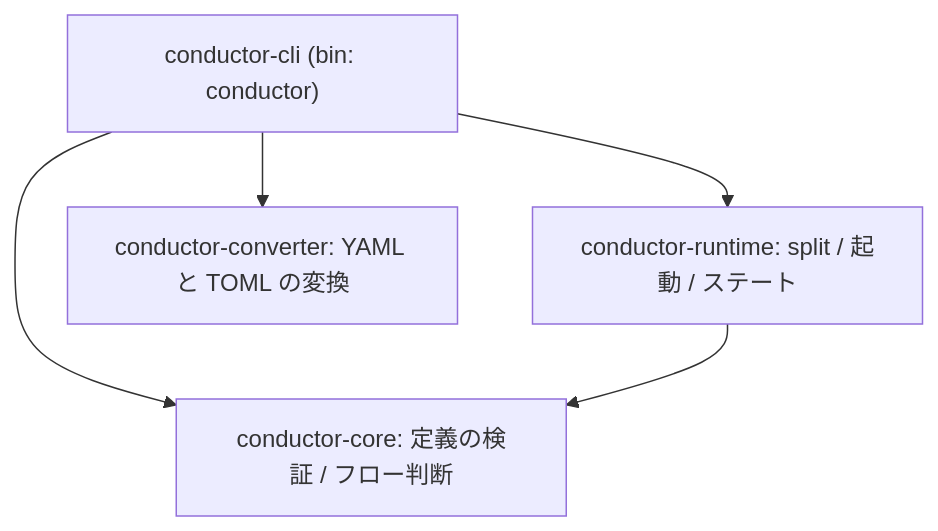
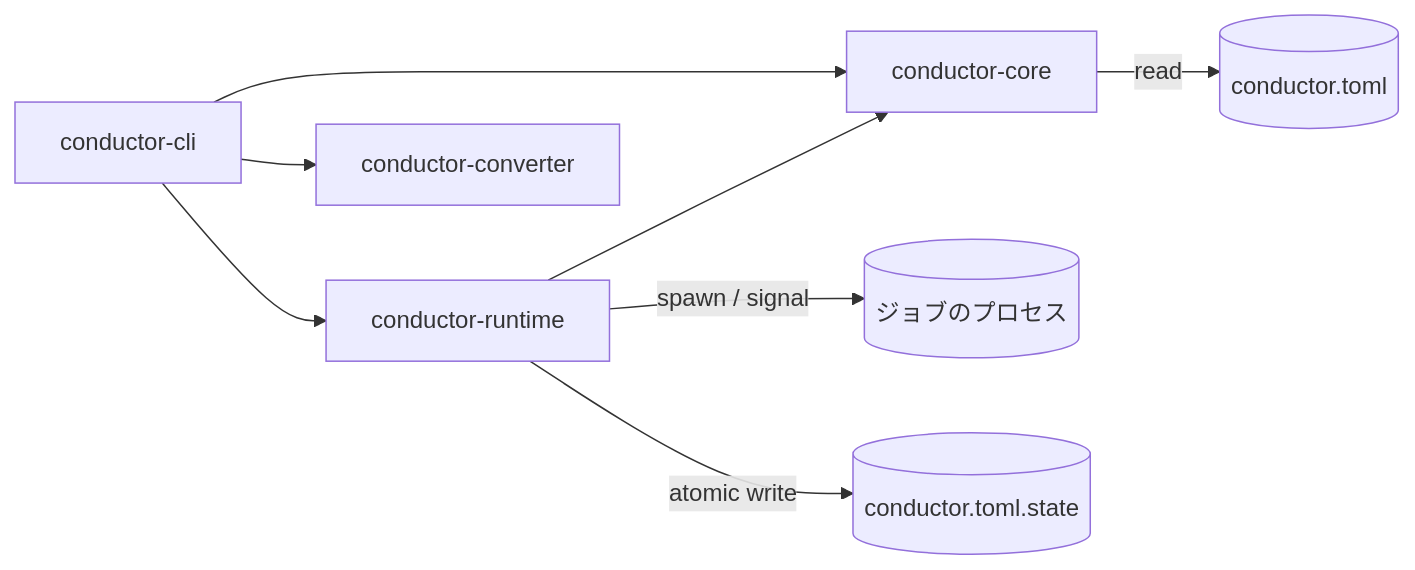
The first of 3 diagrams in aidlc/spaces/default/codekb/rust-job-conductor/architecture.md (agwlvssainokuni/rust-job-conductor), drawn with Mermaid before and after one commit. The commit also changed other lines of this file and 16 other files, not shown here.

````diff
--- a/aidlc/spaces/default/codekb/rust-job-conductor/architecture.md
+++ b/aidlc/spaces/default/codekb/rust-job-conductor/architecture.md
@@ -13,11 +12,10 @@
 ```mermaid
-flowchart TD
-    CLI["conductor-cli (bin: conductor)"]
-    CORE["conductor-core: 定義の検証 / フロー判断"]
-    RT["conductor-runtime: split / 起動 / ステート"]
-    CONV["conductor-converter: YAML と TOML の変換"]
-    CLI --> CORE
-    CLI --> RT
-    CLI --> CONV
-    RT --> CORE
+flowchart LR
+  CLI[conductor-cli] --> CORE[conductor-core]
+  CLI --> RT[conductor-runtime]
+  CLI --> CONV[conductor-converter]
+  RT --> CORE
+  RT -->|spawn / signal| JOB[(ジョブのプロセス)]
+  RT -->|atomic write| ST[(conductor.toml.state)]
+  CORE -->|read| DEF[(conductor.toml)]
 ```
````
